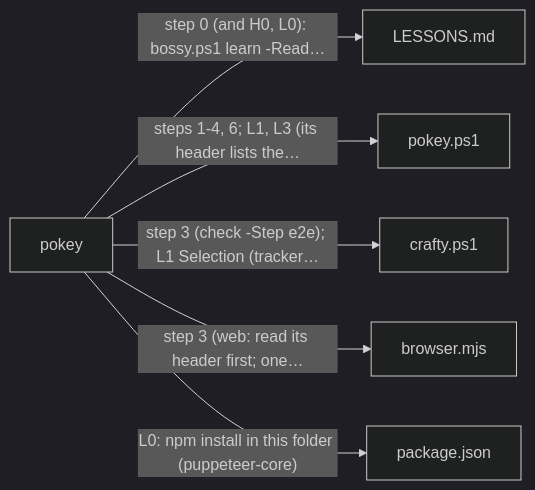
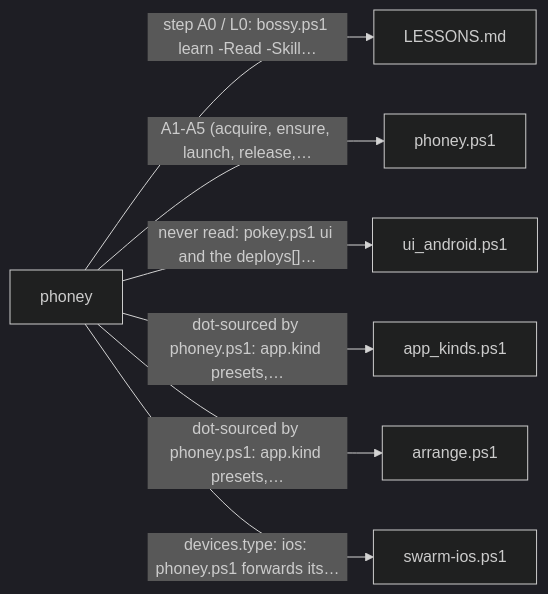
The seventh of 7 diagrams in README.md (prskid1000/claude-crew), drawn with Mermaid (dark theme) before and after one commit. The commit also changed other lines of this file and 96 other files, not shown here.

````diff
--- a/README.md
+++ b/README.md
@@ -461,9 +533,10 @@
 ```mermaid
 flowchart LR
-  skills_pokey_SKILL_md["pokey"]
-  skills_pokey_SKILL_md -->|"step 0 (and H0, L0): bossy.ps1 learn -Read…"| LESSONS_md["LESSONS.md"]
-  skills_pokey_SKILL_md -->|"steps 1-4, 6; L1, L3 (its header lists the…"| skills_pokey_pokey_ps1["pokey.ps1"]
-  skills_pokey_SKILL_md -->|"step 3 (check -Step e2e); L1 Selection (tracker…"| skills_crafty_crafty_ps1["crafty.ps1"]
-  skills_pokey_SKILL_md -->|"step 3 (web: read its header first; one…"| skills_pokey_browser_mjs["browser.mjs"]
-  skills_pokey_SKILL_md -->|"L0: npm install in this folder (puppeteer-core)"| skills_pokey_package_json["package.json"]
+  skills_phoney_SKILL_md["phoney"]
+  skills_phoney_SKILL_md -->|"step A0 / L0: bossy.ps1 learn -Read -Skill…"| LESSONS_md["LESSONS.md"]
+  skills_phoney_SKILL_md -->|"A1-A5 (acquire, ensure, launch, release,…"| skills_phoney_phoney_ps1["phoney.ps1"]
+  skills_phoney_SKILL_md -->|"never read: pokey.ps1 ui and the deploys[]…"| skills_pokey_adapters_ui_android_ps1["ui_android.ps1"]
+  skills_phoney_SKILL_md -->|"dot-sourced by phoney.ps1: app.kind presets,…"| skills_phoney_adapters_app_kinds_ps1["app_kinds.ps1"]
+  skills_phoney_SKILL_md -->|"dot-sourced by phoney.ps1: app.kind presets,…"| skills_phoney_adapters_arrange_ps1["arrange.ps1"]
+  skills_phoney_SKILL_md -->|"devices.type: ios: phoney.ps1 forwards its…"| skills_phoney_swarm_ios_ps1["swarm-ios.ps1"]
 ```
````
